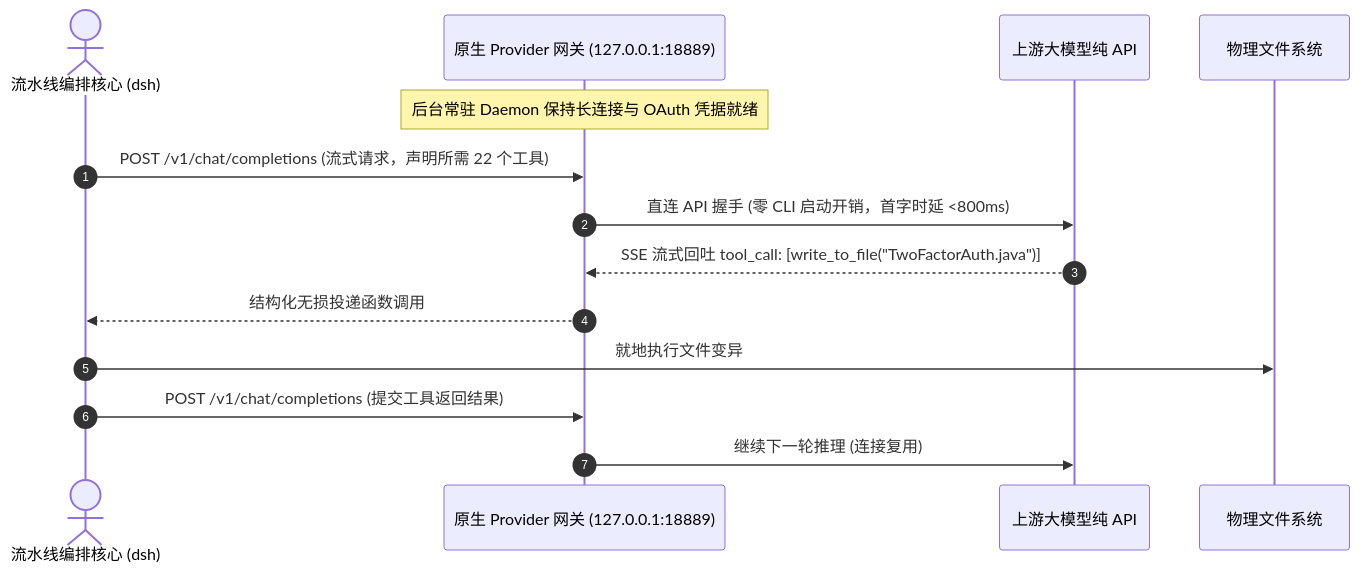
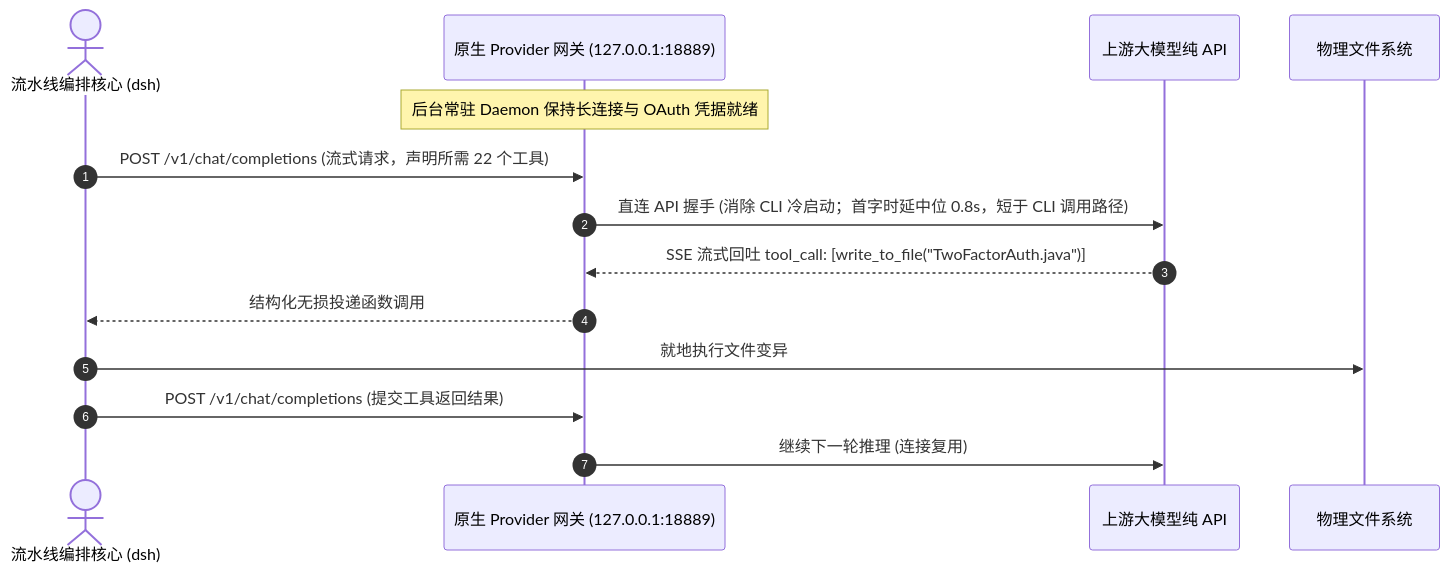
Before and after one commit to dpsnet/industrial-agentic-cybernetics: the second of 2 diagrams in docs/part8-convergence-economics/pattern-22-native-provider-bridge.md, drawn with Mermaid. The commit also changed other lines of this file and 79 other files, not shown here.

````diff
--- a/docs/part8-convergence-economics/pattern-22-native-provider-bridge.md
+++ b/docs/part8-convergence-economics/pattern-22-native-provider-bridge.md
@@ -66,20 +66,20 @@
 ```mermaid
 sequenceDiagram
     autonumber
     actor Core as 流水线编排核心 (dsh)
     participant Gateway as 原生 Provider 网关 (127.0.0.1:18889)
     participant Model as 上游大模型纯 API
     participant Substrate as 物理文件系统
 
     Note over Gateway: 后台常驻 Daemon 保持长连接与 OAuth 凭据就绪
     
     Core->>Gateway: POST /v1/chat/completions (流式请求，声明所需 22 个工具)
-    Gateway->>Model: 直连 API 握手 (零 CLI 启动开销，首字时延 <800ms)
+    Gateway->>Model: 直连 API 握手 (消除 CLI 冷启动；首字时延中位 0.8s，短于 CLI 调用路径)
     
     Model-->>Gateway: SSE 流式回吐 tool_call: [write_to_file("TwoFactorAuth.java")]
     Gateway-->>Core: 结构化无损投递函数调用
     
     Core->>Substrate: 就地执行文件变异
     Core->>Gateway: POST /v1/chat/completions (提交工具返回结果)
     Gateway->>Model: 继续下一轮推理 (连接复用)
 ```
````
